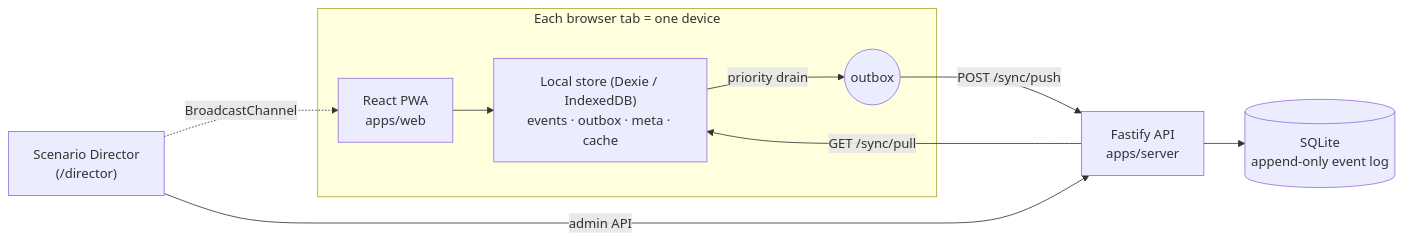
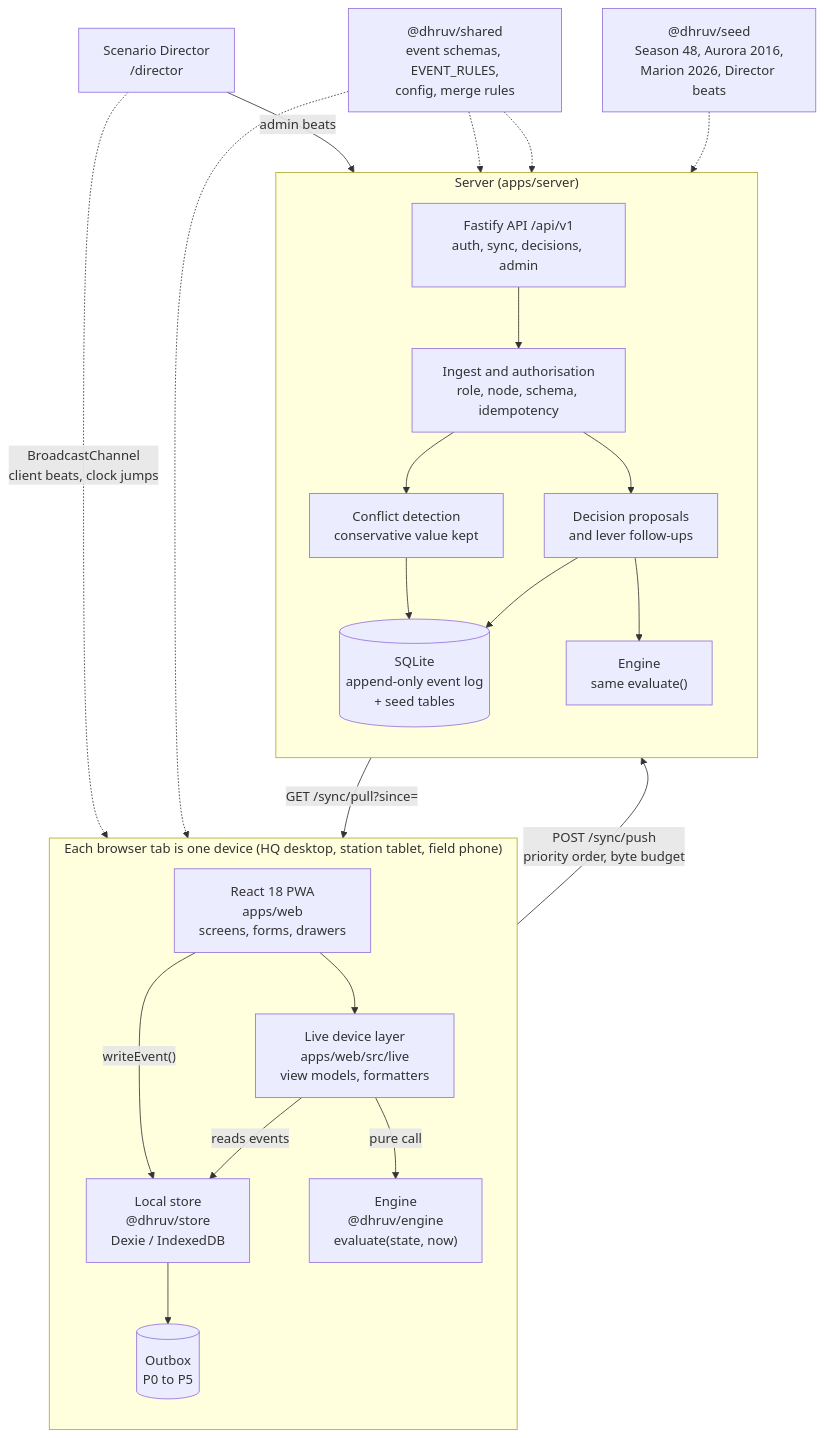
One commit to revanthreddy0906/DHRUV changed the second of 7 diagrams in README.md. Above: the diagram before and after it, drawn with Mermaid. The commit also changed other lines of this file and 10 other files, not shown here.

First line of the commit message:
docs: final submission README with architecture, pipeline, engine, sync and decision diagrams

````diff
--- a/README.md
+++ b/README.md
@@ -50,12 +110,42 @@
 ```mermaid
-flowchart LR
-  subgraph Browser["Each browser tab = one device"]
-    UI["React PWA<br/>apps/web"] --> Store["Local store (Dexie / IndexedDB)<br/>events · outbox · meta · cache"]
-    Store -->|priority drain| Outbox((outbox))
+flowchart TB
+  subgraph DEV["Each browser tab is one device (HQ desktop, station tablet, field phone)"]
+    direction TB
+    UI["React 18 PWA<br/>apps/web<br/>screens, forms, drawers"]
+    LIVE["Live device layer<br/>apps/web/src/live<br/>view models, formatters"]
+    ENG1["Engine<br/>@dhruv/engine<br/>evaluate(state, now)"]
+    STORE["Local store<br/>@dhruv/store<br/>Dexie / IndexedDB"]
+    OUT[("Outbox<br/>P0 to P5")]
+    UI --> LIVE
+    LIVE -->|reads events| STORE
+    LIVE -->|pure call| ENG1
+    UI -->|"writeEvent()"| STORE
+    STORE --> OUT
   end
-  Outbox -->|POST /sync/push| Server["Fastify API<br/>apps/server"]
-  Server -->|GET /sync/pull| Store
-  Server --> DB[("SQLite<br/>append-only event log")]
-  Director["Scenario Director<br/>(/director)"] -. BroadcastChannel .-> UI
-  Director -->|admin API| Server
+
+  subgraph SRV["Server (apps/server)"]
+    direction TB
+    API["Fastify API /api/v1<br/>auth, sync, decisions, admin"]
+    AUTHZ["Ingest and authorisation<br/>role, node, schema, idempotency"]
+    CONF["Conflict detection<br/>conservative value kept"]
+    ENG2["Engine<br/>same evaluate()"]
+    PROP["Decision proposals<br/>and lever follow-ups"]
+    DB[("SQLite<br/>append-only event log<br/>+ seed tables")]
+    API --> AUTHZ --> CONF --> DB
+    AUTHZ --> PROP
+    PROP --> ENG2
+    PROP --> DB
+  end
+
+  OUT -->|"POST /sync/push<br/>priority order, byte budget"| API
+  API -->|"GET /sync/pull?since="| STORE
+  DIR["Scenario Director<br/>/director"] -->|admin beats| API
+  DIR -. "BroadcastChannel<br/>client beats, clock jumps" .-> LIVE
+
+  SHARED["@dhruv/shared<br/>event schemas, EVENT_RULES,<br/>config, merge rules"]
+  SEED["@dhruv/seed<br/>Season 48, Aurora 2016,<br/>Marion 2026, Director beats"]
+  SHARED -.-> ENG1
+  SHARED -.-> ENG2
+  SHARED -.-> AUTHZ
+  SEED -.-> DB
 ```
````
